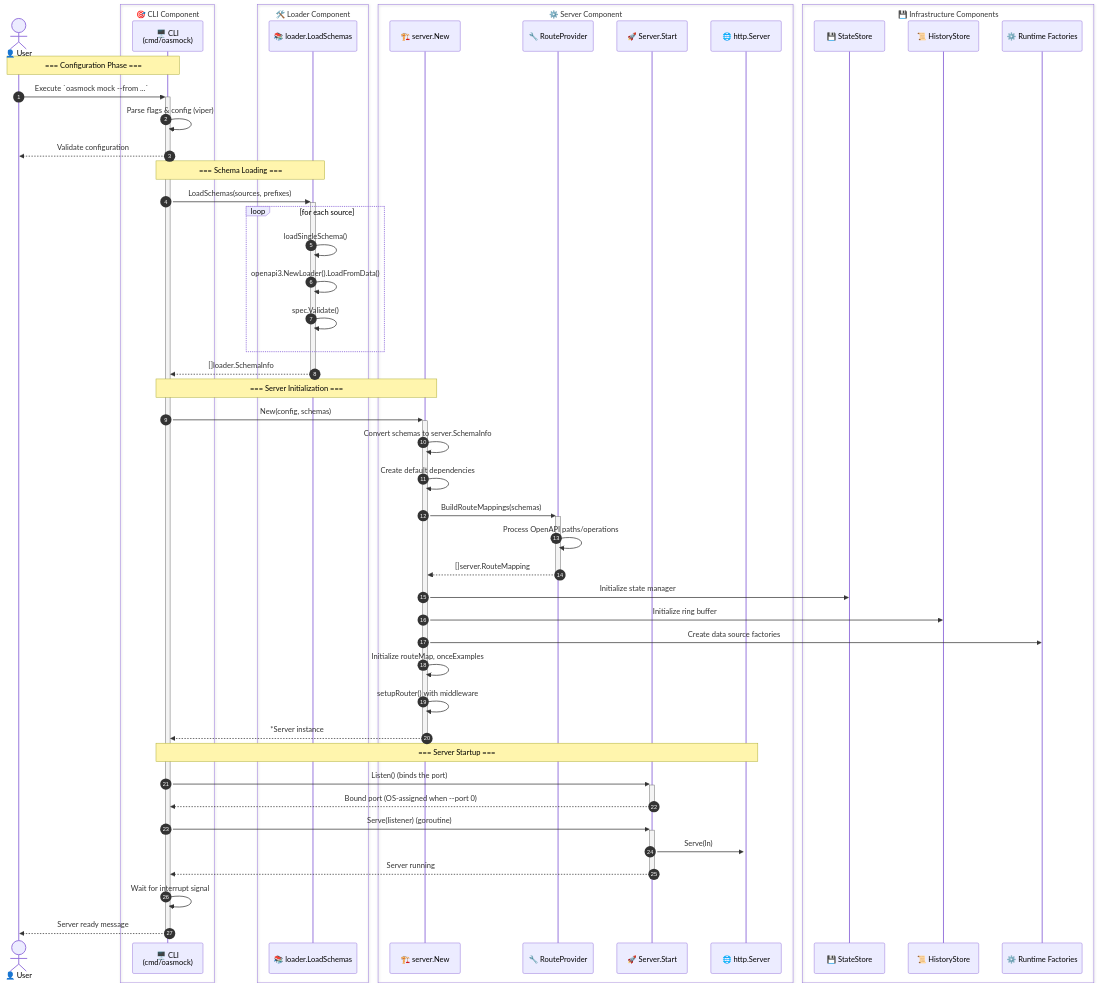
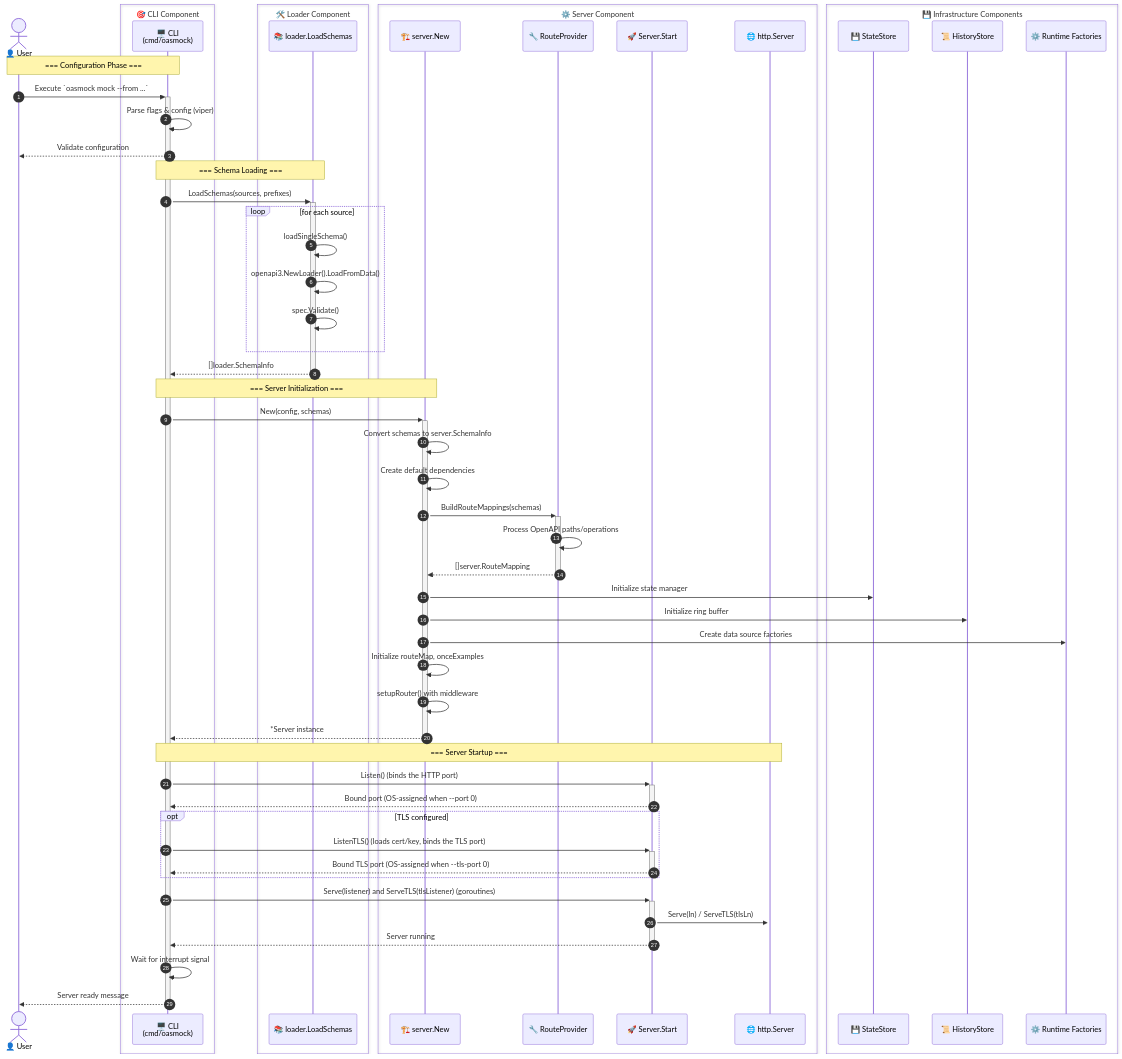
Before and after one commit to mamonth/oasmock: the second of 4 diagrams in docs/architecture.md, drawn with Mermaid. The commit also changed other lines of this file and 23 other files, not shown here.

Commit message:
Add optional HTTPS listener alongside HTTP

````diff
--- a/docs/architecture.md
+++ b/docs/architecture.md
@@ -360,60 +362,64 @@
 ```mermaid
 sequenceDiagram
     autonumber
 
     actor User as 👤 User
     box 🎯 CLI Component
         participant CLI as 🖥️ CLI<br/>(cmd/oasmock)
     end
     box 🛠️ Loader Component
         participant Loader as 📚 loader.LoadSchemas
     end
     box ⚙️ Server Component
         participant ServerNew as 🏗️ server.New
         participant RouteProvider as 🔧 RouteProvider
         participant ServerStart as 🚀 Server.Start
         participant HTTPServer as 🌐 http.Server
     end
     box 💾 Infrastructure Components
         participant StateStore as 💾 StateStore
         participant HistoryStore as 📜 HistoryStore
         participant RuntimeFactories as ⚙️ Runtime Factories
     end
 
     Note over User,CLI: === Configuration Phase ===
     User->>+CLI: Execute `oasmock mock --from ...`
     CLI->>CLI: Parse flags & config (viper)
     CLI-->>User: Validate configuration
 
     Note over CLI,Loader: === Schema Loading ===
     CLI->>+Loader: LoadSchemas(sources, prefixes)
     loop for each source
         Loader->>Loader: loadSingleSchema()
         Loader->>Loader: openapi3.NewLoader().LoadFromData()
         Loader->>Loader: spec.Validate()
     end
     Loader-->>-CLI: []loader.SchemaInfo
 
     Note over CLI,ServerNew: === Server Initialization ===
     CLI->>+ServerNew: New(config, schemas)
     ServerNew->>ServerNew: Convert schemas to server.SchemaInfo
     ServerNew->>ServerNew: Create default dependencies
     ServerNew->>+RouteProvider: BuildRouteMappings(schemas)
     RouteProvider->>RouteProvider: Process OpenAPI paths/operations
     RouteProvider-->>-ServerNew: []server.RouteMapping
     ServerNew->>StateStore: Initialize state manager
     ServerNew->>HistoryStore: Initialize ring buffer
     ServerNew->>RuntimeFactories: Create data source factories
     ServerNew->>ServerNew: Initialize routeMap, onceExamples
     ServerNew->>ServerNew: setupRouter() with middleware
     ServerNew-->>-CLI: *Server instance
 
     Note over CLI,HTTPServer: === Server Startup ===
-    CLI->>+ServerStart: Listen() (binds the port)
+    CLI->>+ServerStart: Listen() (binds the HTTP port)
     ServerStart-->>-CLI: Bound port (OS-assigned when --port 0)
-    CLI->>+ServerStart: Serve(listener) (goroutine)
-    ServerStart->>+HTTPServer: Serve(ln)
+    opt TLS configured
+        CLI->>+ServerStart: ListenTLS() (loads cert/key, binds the TLS port)
+        ServerStart-->>-CLI: Bound TLS port (OS-assigned when --tls-port 0)
+    end
+    CLI->>+ServerStart: Serve(listener) and ServeTLS(tlsListener) (goroutines)
+    ServerStart->>+HTTPServer: Serve(ln) / ServeTLS(tlsLn)
     ServerStart-->>-CLI: Server running
     CLI->>CLI: Wait for interrupt signal
     CLI-->>-User: Server ready message
 ```
````
